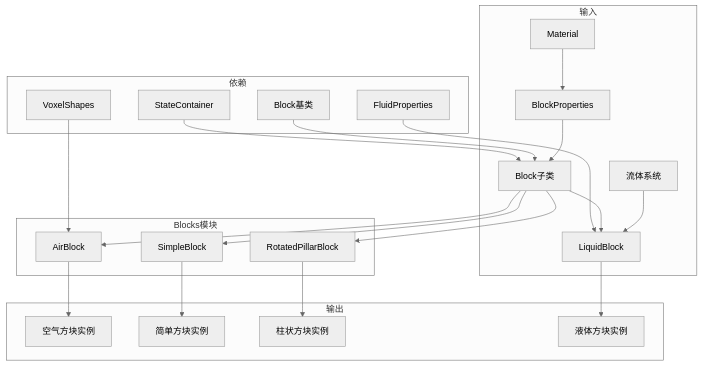
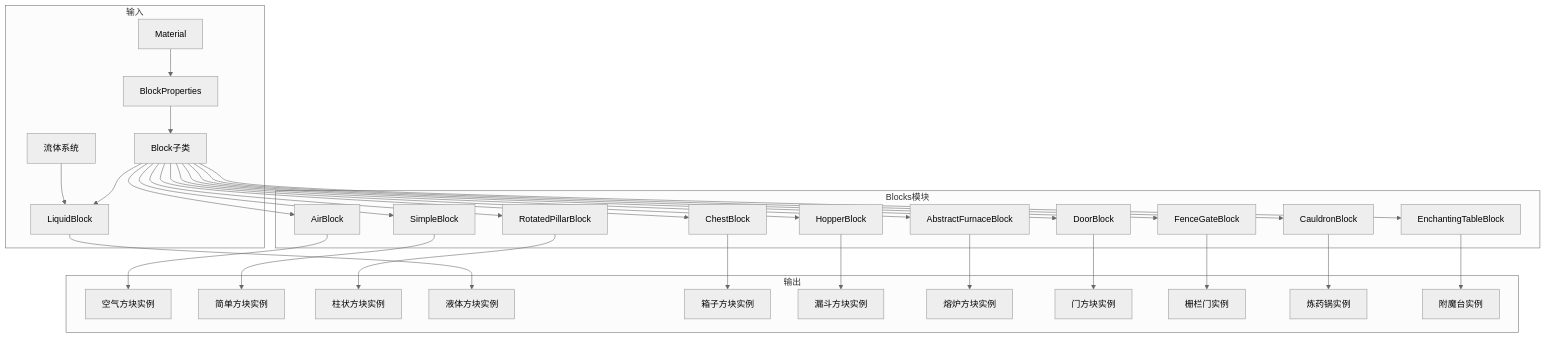
Before and after one commit to g122622/Cubium: the second of 2 diagrams in src/common/world/block/blocks/README.md, drawn with Mermaid (neutral theme). The commit also changed other lines of this file and 43 other files, not shown here.

````diff
--- a/src/common/world/block/blocks/README.md
+++ b/src/common/world/block/blocks/README.md
@@ -269,29 +399,36 @@
 ```mermaid
 flowchart TB
     subgraph "输入"
         A[BlockProperties] --> B[Block子类]
         C[Material] --> A
         D[流体系统] --> E[LiquidBlock]
     end
 
     subgraph "Blocks模块"
         B --> F[AirBlock]
         B --> G[SimpleBlock]
         B --> H[RotatedPillarBlock]
         B --> E
+        B --> I[ChestBlock]
+        B --> J[HopperBlock]
+        B --> K[AbstractFurnaceBlock]
+        B --> L[DoorBlock]
+        B --> M[FenceGateBlock]
+        B --> N[CauldronBlock]
+        B --> O[EnchantingTableBlock]
     end
 
     subgraph "输出"
-        F --> I[空气方块实例]
-        G --> J[简单方块实例]
-        H --> K[柱状方块实例]
-        E --> L[液体方块实例]
-    end
-
-    subgraph "依赖"
-        M[Block基类] --> B
-        N[StateContainer] --> B
-        O[VoxelShapes] --> F
-        P[FluidProperties] --> E
+        F --> P[空气方块实例]
+        G --> Q[简单方块实例]
+        H --> R[柱状方块实例]
+        E --> S[液体方块实例]
+        I --> T[箱子方块实例]
+        J --> U[漏斗方块实例]
+        K --> V[熔炉方块实例]
+        L --> W[门方块实例]
+        M --> X[栅栏门实例]
+        N --> Y[炼药锅实例]
+        O --> Z[附魔台实例]
     end
 ```
````
